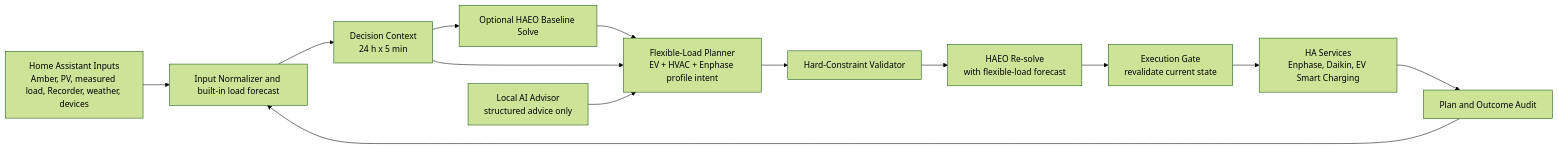
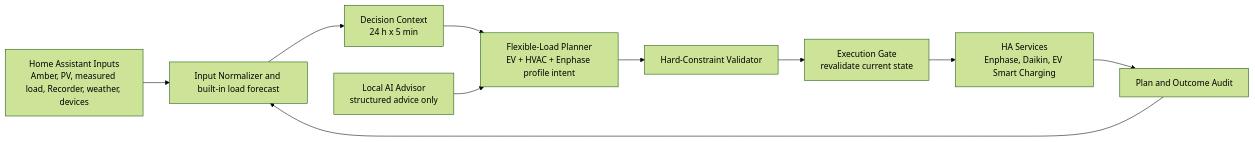
The diagram in ha-energy-planner-spec.md (barneyonline/ha-energy-planner), drawn with Mermaid (forest theme) before and after one commit. The commit also changed other lines of this file and 71 other files, not shown here.

````diff
--- a/ha-energy-planner-spec.md
+++ b/ha-energy-planner-spec.md
@@ -130,15 +125,12 @@
 ```mermaid
 flowchart LR
   S["Home Assistant Inputs\nAmber, PV, measured load, Recorder, weather, devices"] --> N["Input Normalizer and built-in load forecast"]
   N --> C["Decision Context\n24 h x 5 min"]
-  C --> H1["Optional HAEO Baseline Solve"]
-  H1 --> P["Flexible-Load Planner\nEV + HVAC + Enphase profile intent"]
-  C --> P
+  C --> P["Flexible-Load Planner\nEV + HVAC + Enphase profile intent"]
   A["Local AI Advisor\nstructured advice only"] --> P
   P --> V["Hard-Constraint Validator"]
-  V --> H2["HAEO Re-solve\nwith flexible-load forecast"]
-  H2 --> X["Execution Gate\nrevalidate current state"]
+  V --> X["Execution Gate\nrevalidate current state"]
   X --> D["HA Services\nEnphase, Daikin, EV Smart Charging"]
   D --> O["Plan and Outcome Audit"]
   O --> N
 ```
````
